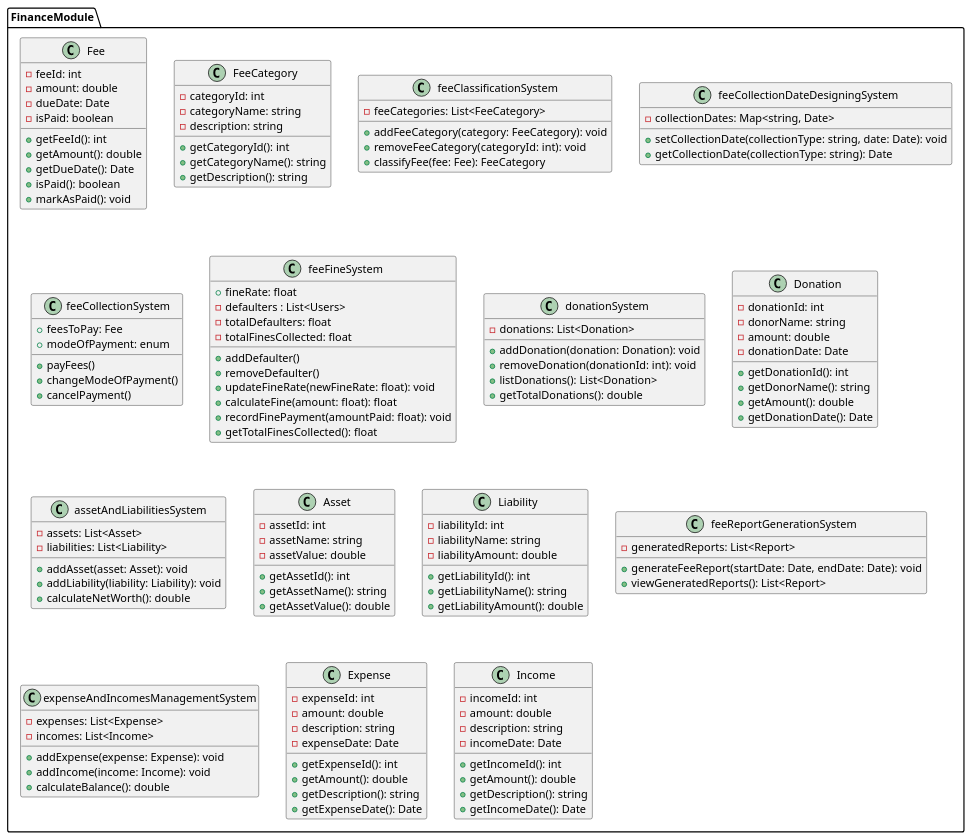
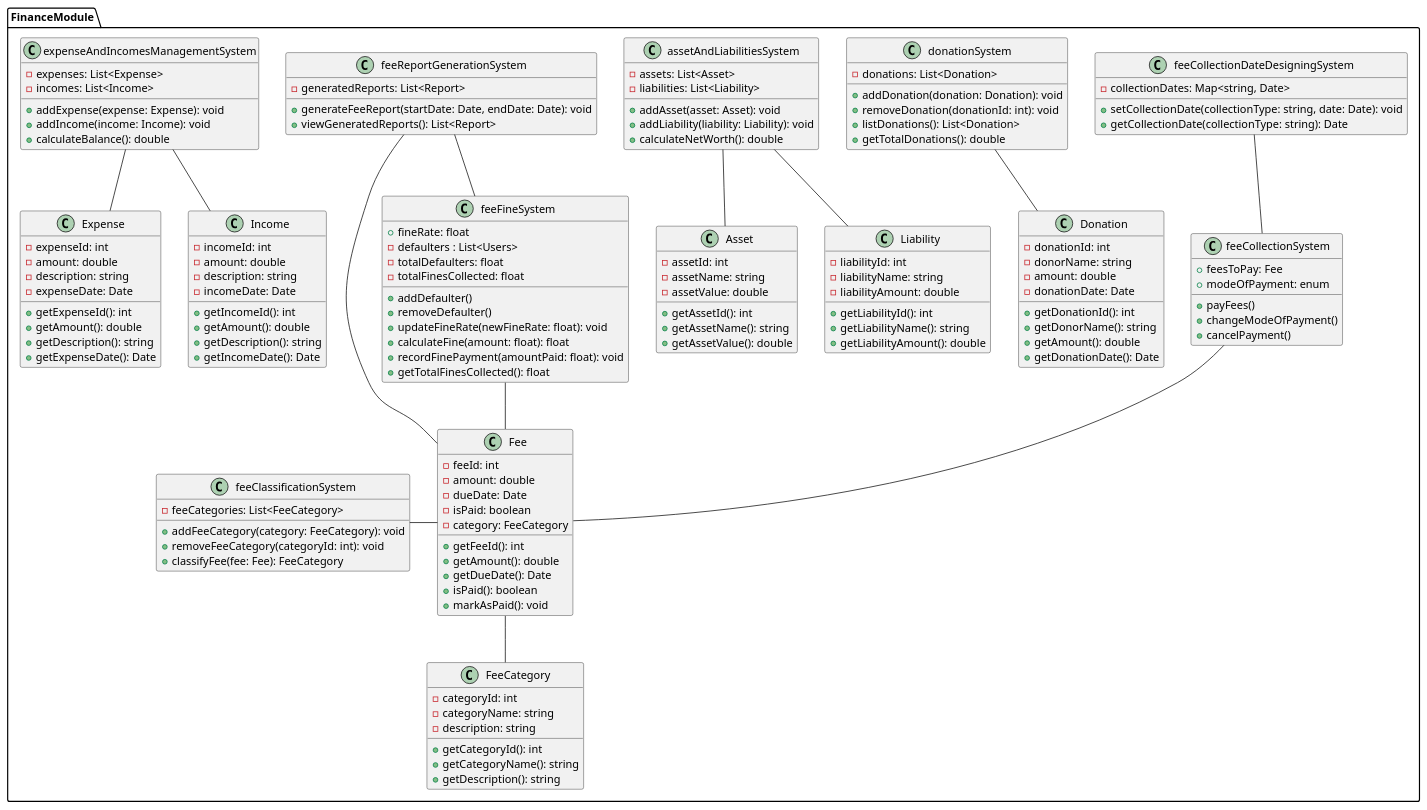
The diagram in finance.plantuml (anshium/DASS-Assignment-3-IMS-System-Design), drawn with PlantUML before and after one commit.

```diff
--- a/finance.plantuml
+++ b/finance.plantuml
@@ -1,146 +1,162 @@
 @startuml finance
 package FinanceModule {
 	class Fee {
 		- feeId: int
 		- amount: double
 		- dueDate: Date
 		- isPaid: boolean
+		- category: FeeCategory
+
 		+ getFeeId(): int
 		+ getAmount(): double
 		+ getDueDate(): Date
 		+ isPaid(): boolean
 		+ markAsPaid(): void
 	}
 
 	class FeeCategory {
 		- categoryId: int
 		- categoryName: string
 		- description: string
 		+ getCategoryId(): int
 		+ getCategoryName(): string
 		+ getDescription(): string
 	}
 
 	class feeClassificationSystem {
 		- feeCategories: List<FeeCategory>
 		+ addFeeCategory(category: FeeCategory): void
 		+ removeFeeCategory(categoryId: int): void
 		+ classifyFee(fee: Fee): FeeCategory
 	}
 
 	class feeCollectionDateDesigningSystem {
 		- collectionDates: Map<string, Date>
 		+ setCollectionDate(collectionType: string, date: Date): void
 		+ getCollectionDate(collectionType: string): Date
 	}
 
 	class feeCollectionSystem {
 		+ feesToPay: Fee
 		+ modeOfPayment: enum
 		
 		+ payFees()
 		+ changeModeOfPayment()
 		+ cancelPayment()
 	}
 
 	class feeFineSystem {
 		+ fineRate: float
 		- defaulters : List<Users>
 		- totalDefaulters: float
 		- totalFinesCollected: float
 		
 		+ addDefaulter()
 		+ removeDefaulter()
 		+ updateFineRate(newFineRate: float): void
 		+ calculateFine(amount: float): float
 		+ recordFinePayment(amountPaid: float): void
 		+ getTotalFinesCollected(): float
 	}
 
 	class donationSystem {
 		- donations: List<Donation>
 		+ addDonation(donation: Donation): void
 		+ removeDonation(donationId: int): void
 		+ listDonations(): List<Donation>
 		+ getTotalDonations(): double
 	}
 
 	class Donation {
 		- donationId: int
 		- donorName: string
 		- amount: double
 		- donationDate: Date
 		+ getDonationId(): int
 		+ getDonorName(): string
 		+ getAmount(): double
 		+ getDonationDate(): Date
 	}
 
 	class assetAndLiabilitiesSystem {
 		- assets: List<Asset>
 		- liabilities: List<Liability>
 		+ addAsset(asset: Asset): void
 		+ addLiability(liability: Liability): void
 		+ calculateNetWorth(): double
 	}
 
 	class Asset {
 		- assetId: int
 		- assetName: string
 		- assetValue: double
 		+ getAssetId(): int
 		+ getAssetName(): string
 		+ getAssetValue(): double
 	}
 
 	class Liability {
 		- liabilityId: int
 		- liabilityName: string
 		- liabilityAmount: double
 		+ getLiabilityId(): int
 		+ getLiabilityName(): string
 		+ getLiabilityAmount(): double
 	}
 
 	class feeReportGenerationSystem {
 		- generatedReports: List<Report>
 		'Should the reports go to the database, or should they rest with the system?: Can do that it goes to the cache and everytime the generatedReports is invoked, it fetches the data into this variable'
 
 		+ generateFeeReport(startDate: Date, endDate: Date): void
 		+ viewGeneratedReports(): List<Report>
 	}
 
 	class expenseAndIncomesManagementSystem {
 		- expenses: List<Expense>
 		- incomes: List<Income>
 		+ addExpense(expense: Expense): void
 		+ addIncome(income: Income): void
 		+ calculateBalance(): double
 	}
 
 	class Expense {
 		- expenseId: int
 		- amount: double
 		- description: string
 		- expenseDate: Date
 
 		+ getExpenseId(): int
 		+ getAmount(): double
 		+ getDescription(): string
 		+ getExpenseDate(): Date
 	}
 
 	class Income {
 		- incomeId: int
 		- amount: double
 		- description: string
 		- incomeDate: Date
 
 		+ getIncomeId(): int
 		+ getAmount(): double
 		+ getDescription(): string
 		+ getIncomeDate(): Date
 	}
+
+	expenseAndIncomesManagementSystem -- Income
+	expenseAndIncomesManagementSystem -- Expense
+	feeCollectionSystem -- Fee
+	Fee -- FeeCategory
+	donationSystem -- Donation
+	assetAndLiabilitiesSystem -- Asset
+	assetAndLiabilitiesSystem -- Liability
+	feeFineSystem -- Fee
+	feeCollectionDateDesigningSystem -- feeCollectionSystem
+	feeClassificationSystem - Fee
+	feeReportGenerationSystem -- Fee
+	feeReportGenerationSystem -- feeFineSystem
+
 }
 
 @enduml
```
